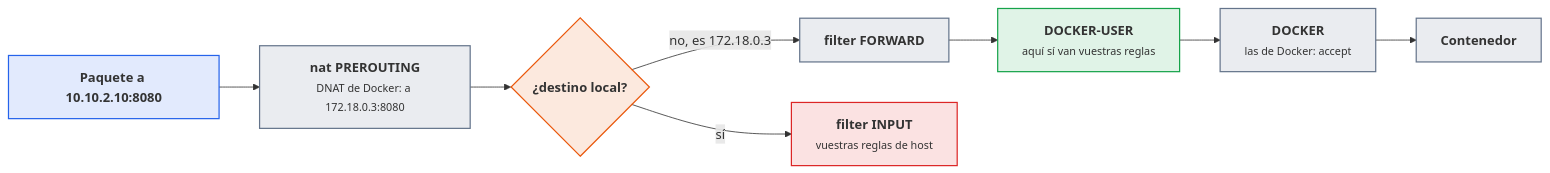
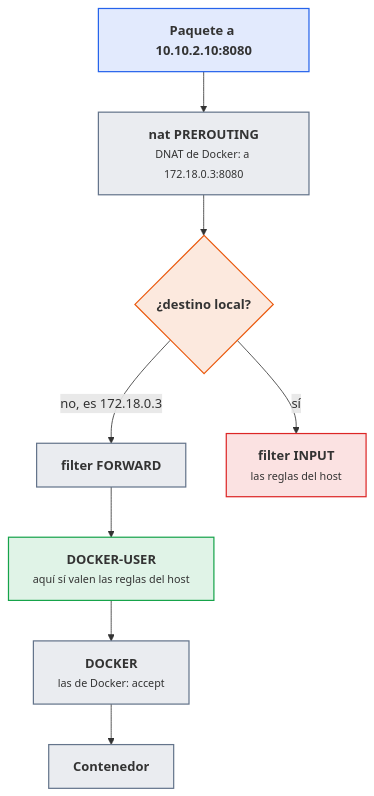
Before and after one commit to victor-educ/apuntes-5169: the third of 5 diagrams in docs/ut/ut3-seguridad-monitorizacion.md, drawn with Mermaid. The commit also changed other lines of this file and 16 other files, not shown here.

````diff
--- a/docs/ut/ut3-seguridad-monitorizacion.md
+++ b/docs/ut/ut3-seguridad-monitorizacion.md
@@ -334,20 +342,20 @@
 ```mermaid
-flowchart LR
+flowchart TB
     IN["<b>Paquete a 10.10.2.10:8080</b>"]:::dato
     PRE["<b>nat PREROUTING</b><br><small>DNAT de Docker: a 172.18.0.3:8080</small>"]:::pieza
     DEC{"<b>¿destino local?</b>"}:::act
     FWD["<b>filter FORWARD</b>"]:::pieza
-    INPUT["<b>filter INPUT</b><br><small>vuestras reglas de host</small>"]:::riesgo
-    DU["<b>DOCKER-USER</b><br><small>aquí sí van vuestras reglas</small>"]:::ok
+    INPUT["<b>filter INPUT</b><br><small>las reglas del host</small>"]:::riesgo
+    DU["<b>DOCKER-USER</b><br><small>aquí sí valen las reglas del host</small>"]:::ok
     DK["<b>DOCKER</b><br><small>las de Docker: accept</small>"]:::pieza
     CT["<b>Contenedor</b>"]:::pieza
     IN --> PRE --> DEC
     DEC -->|"no, es 172.18.0.3"| FWD --> DU --> DK --> CT
     DEC -->|sí| INPUT
     classDef act fill:#ea580c22,stroke:#ea580c,stroke-width:1.5px
     classDef pieza fill:#64748b22,stroke:#64748b,stroke-width:1.5px
     classDef dato fill:#2563eb22,stroke:#2563eb,stroke-width:1.5px
     classDef infra fill:#a1a1aa14,stroke:#a1a1aa,stroke-width:1.5px
     classDef ok fill:#16a34a22,stroke:#16a34a,stroke-width:1.5px
     classDef riesgo fill:#dc262622,stroke:#dc2626,stroke-width:1.5px
 ```
````
